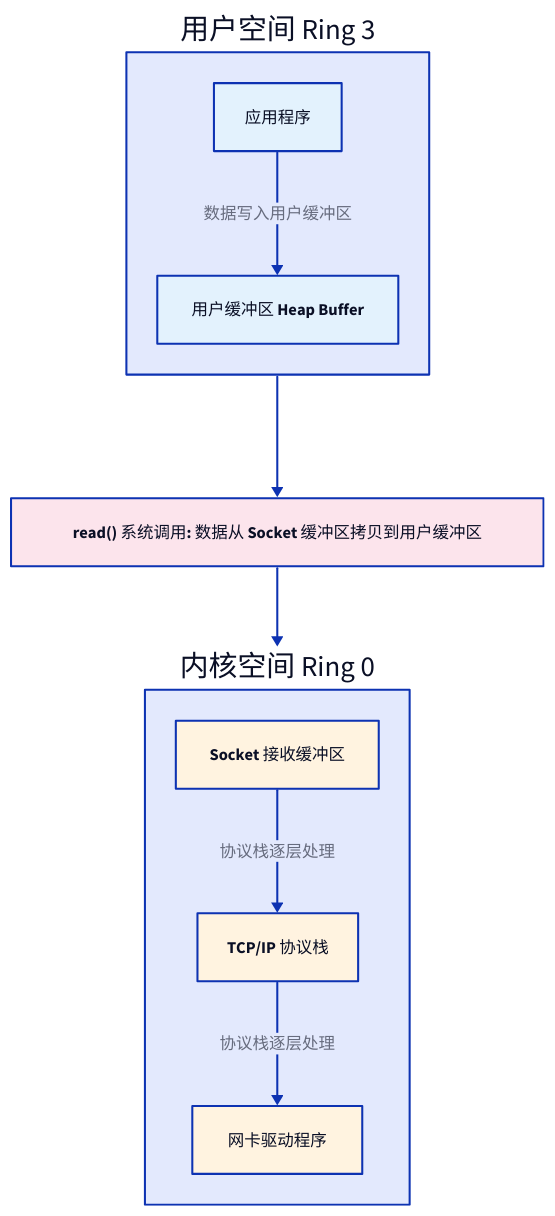
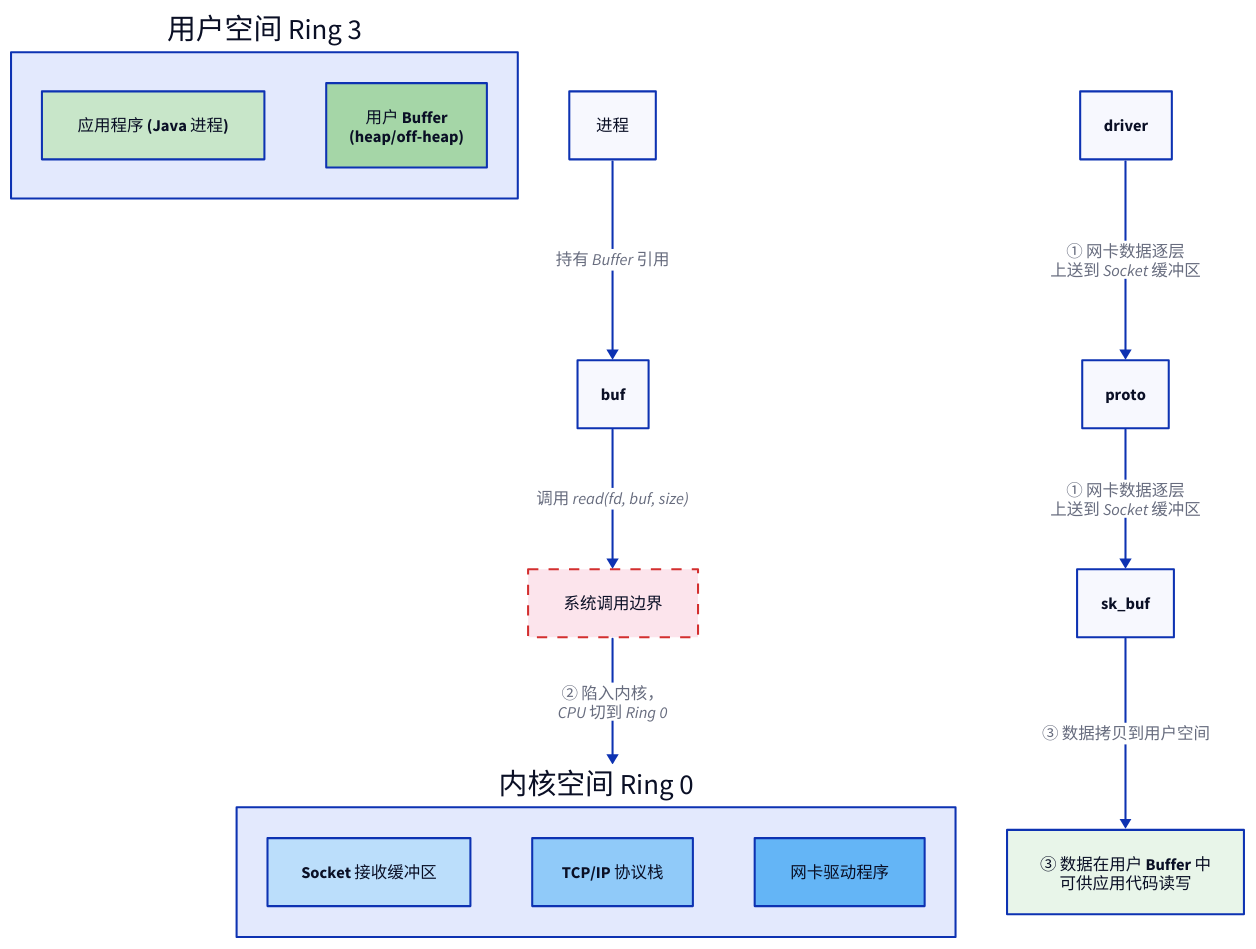
The diagram in diagrams/kernel-userspace.d2 (zhleeo/zlab), drawn with D2 before and after one commit. The commit also changed 21 other files, not shown here.

```diff
--- a/diagrams/kernel-userspace.d2
+++ b/diagrams/kernel-userspace.d2
@@ -1,21 +1,38 @@
 direction: down
 
 user: "用户空间 Ring 3" {
-  进程: "应用程序" {style.fill: "#e3f2fd"}
-  buf: "用户缓冲区 Heap Buffer" {style.fill: "#e3f2fd"}
-  进程 -> buf: 数据写入用户缓冲区
+  进程: "应用程序 (Java 进程)" {
+    style.fill: "#c8e6c9"
+  }
+  buf: "用户 Buffer\n(heap/off-heap)" {
+    style.fill: "#a5d6a7"
+  }
+}
+
+syscall: "系统调用边界" {
+  style.fill: "#fce4ec"
+  style.stroke: "#d32f2f"
+  style.stroke-dash: 5
 }
 
 kernel: "内核空间 Ring 0" {
-  sk_buf: "Socket 接收缓冲区" {style.fill: "#fff3e0"}
-  proto: "TCP/IP 协议栈" {style.fill: "#fff3e0"}
-  driver: "网卡驱动程序" {style.fill: "#fff3e0"}
-  sk_buf -> proto -> driver: 协议栈逐层处理
+  sk_buf: "Socket 接收缓冲区" {
+    style.fill: "#bbdefb"
+  }
+  proto: "TCP/IP 协议栈" {
+    style.fill: "#90caf9"
+  }
+  driver: "网卡驱动程序" {
+    style.fill: "#64b5f6"
+  }
 }
 
-syscall: "read() 系统调用: 数据从 Socket 缓冲区拷贝到用户缓冲区" {
-  style.fill: "#fce4ec"
+app_buf: "③ 数据在用户 Buffer 中\n可供应用代码读写" {
+  style.fill: "#e8f5e9"
 }
 
-user -> syscall
-syscall -> kernel
+进程 -> buf: 持有 Buffer 引用
+buf -> syscall: 调用 read(fd, buf, size)
+syscall -> kernel: ② 陷入内核，\nCPU 切到 Ring 0
+sk_buf -> app_buf: ③ 数据拷贝到用户空间
+driver -> proto -> sk_buf: ① 网卡数据逐层\n上送到 Socket 缓冲区
```
